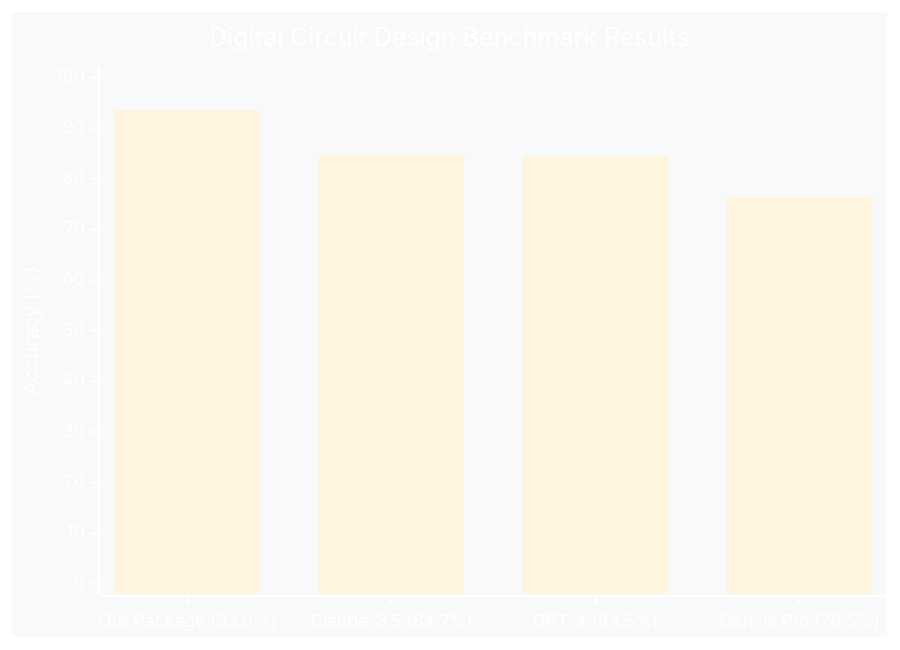
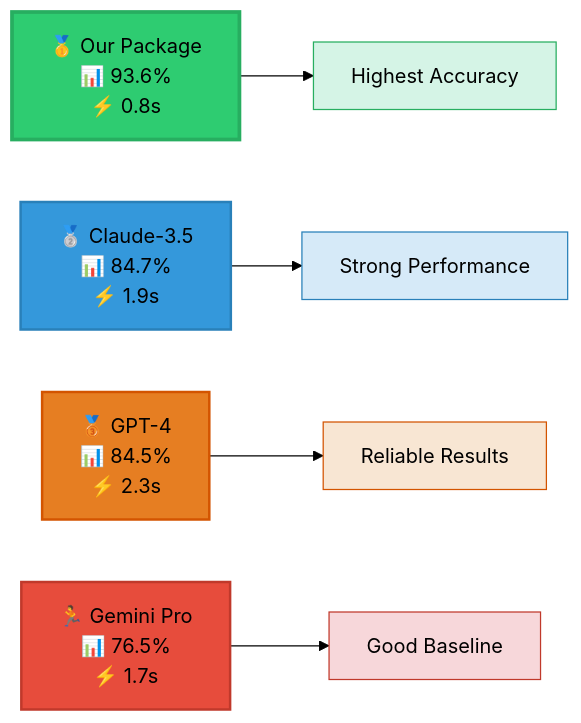
Before and after one commit to duonggiang156/banchmark-edabk: the first of 4 diagrams in README.md, drawn with Mermaid. The commit also changed other lines of this file, not shown here.

Commit message:
Update README.md
aaaaa

````diff
--- a/README.md
+++ b/README.md
@@ -192,8 +192,18 @@
 ```mermaid
-%%{init: {'theme':'base', 'themeVariables': { 'primaryColor': '#2E8B57', 'primaryTextColor': '#FFFFFF', 'primaryBorderColor': '#1F5F3F', 'lineColor': '#34495E', 'secondaryColor': '#E74C3C', 'tertiaryColor': '#F39C12', 'background': '#F8F9FA', 'mainBkg': '#FFFFFF', 'cScale0': '#2E8B57', 'cScale1': '#3498DB', 'cScale2': '#E67E22', 'cScale3': '#E74C3C'}}}%%
-xychart-beta
-    title "Digital Circuit Design Benchmark Results"
-    x-axis ["Our Package (93.6%)", "Claude-3.5 (84.7%)", "GPT-4 (84.5%)", "Gemini Pro (76.5%)"]
-    y-axis "Accuracy (%)" 0 --> 100
-    bar [93.6, 84.7, 84.5, 76.5]
+%%{init: {'theme':'base', 'themeVariables': { 'primaryColor': '#ffffff', 'primaryTextColor': '#000000', 'primaryBorderColor': '#000000', 'lineColor': '#000000', 'background': '#ffffff', 'mainBkg': '#ffffff', 'textColor': '#000000'}}}%%
+flowchart LR
+    A["🥇 Our Package<br/>📊 93.6%<br/>⚡ 0.8s"] --> A1["Highest Accuracy"]
+    B["🥈 Claude-3.5<br/>📊 84.7%<br/>⚡ 1.9s"] --> B1["Strong Performance"]
+    C["🥉 GPT-4<br/>📊 84.5%<br/>⚡ 2.3s"] --> C1["Reliable Results"]
+    D["🏃 Gemini Pro<br/>📊 76.5%<br/>⚡ 1.7s"] --> D1["Good Baseline"]
+    
+    style A fill:#2ECC71,stroke:#27AE60,stroke-width:3px,color:#000000
+    style B fill:#3498DB,stroke:#2980B9,stroke-width:2px,color:#000000
+    style C fill:#E67E22,stroke:#D35400,stroke-width:2px,color:#000000
+    style D fill:#E74C3C,stroke:#C0392B,stroke-width:2px,color:#000000
+    
+    style A1 fill:#D5F4E6,stroke:#27AE60,color:#000000
+    style B1 fill:#D6EAF8,stroke:#2980B9,color:#000000
+    style C1 fill:#F8E6D3,stroke:#D35400,color:#000000
+    style D1 fill:#F7D7DA,stroke:#C0392B,color:#000000
 ```
````
